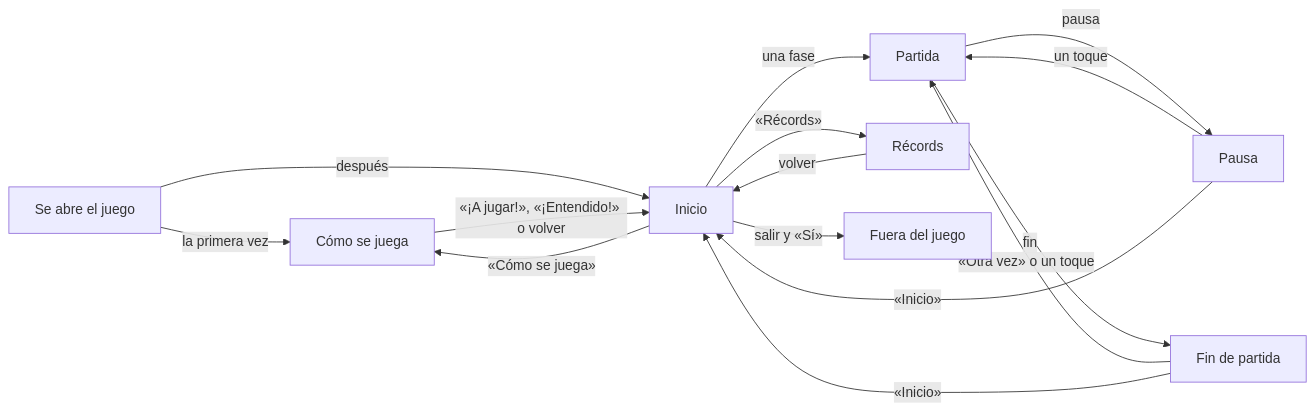
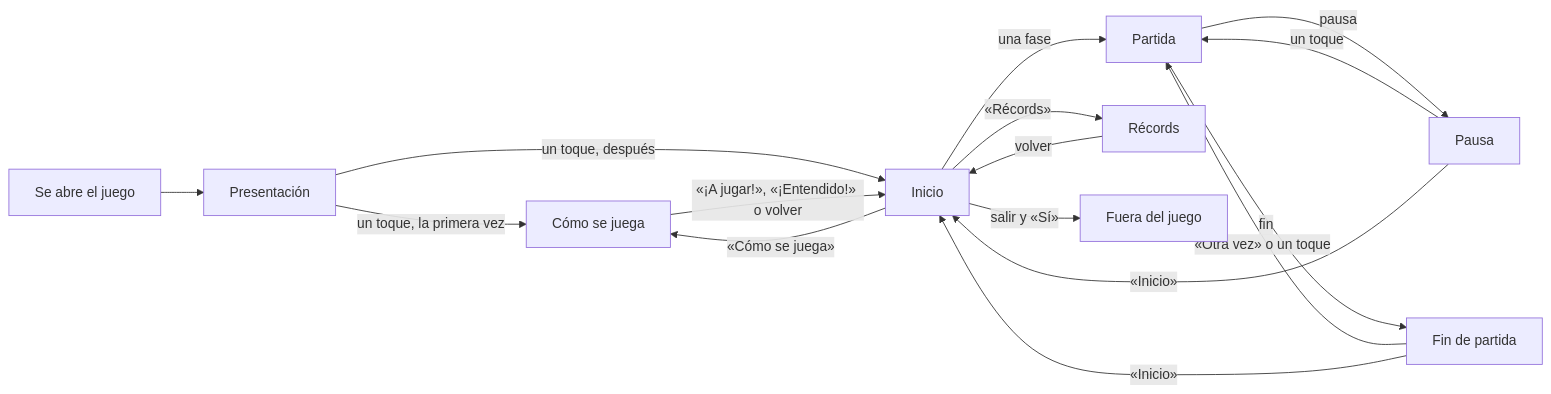
Before and after one commit to fanguskdev-io/CaroFarty-Adventures: the diagram in docs/pantallas.md, drawn with Mermaid. The commit also changed other lines of this file and 12 other files, not shown here.

First line of the commit message:
Presentación con el título animado antes del inicio (UI-07)

````diff
--- a/docs/pantallas.md
+++ b/docs/pantallas.md
@@ -9,17 +9,18 @@
 ```mermaid
 flowchart LR
-    A[Se abre el juego] -->|la primera vez| B[Cómo se juega]
-    A -->|después| C[Inicio]
+    A[Se abre el juego] --> T[Presentación]
+    T -->|un toque, la primera vez| B[Cómo se juega]
+    T -->|un toque, después| C[Inicio]
     B -->|«¡A jugar!», «¡Entendido!» o volver| C
     C -->|una fase| D[Partida]
     C -->|«Récords»| E[Récords]
     C -->|«Cómo se juega»| B
     C -->|salir y «Sí»| H[Fuera del juego]
     E -->|volver| C
     D -->|pausa| F[Pausa]
     F -->|un toque| D
     F -->|«Inicio»| C
     D -->|fin| G[Fin de partida]
     G -->|«Otra vez» o un toque| D
     G -->|«Inicio»| C
 ```
````
